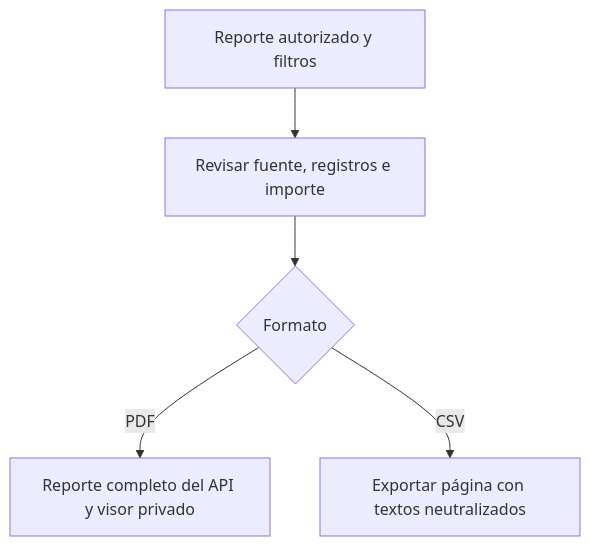
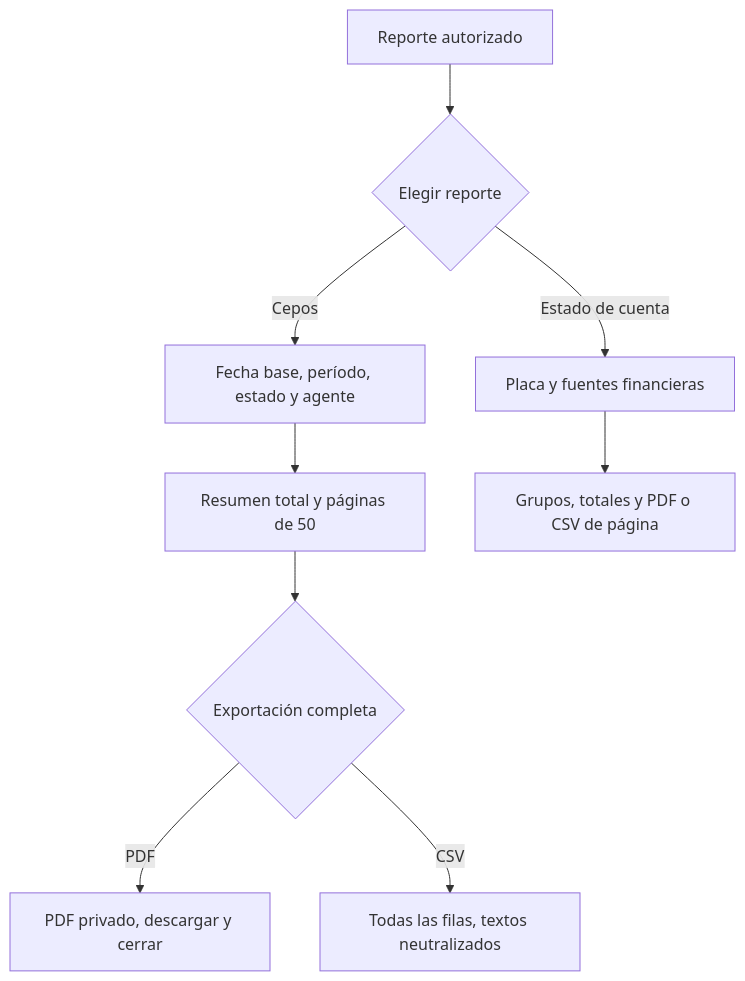
One commit to EMETRA/Sistema-tickets changed diagram 30 of 30 in casos-de uso.md. Above: the diagram before and after it, drawn with Mermaid. The commit also changed other lines of this file and 1 other file, not shown here.

````diff
--- a/casos-de uso.md
+++ b/casos-de uso.md
@@ -1659,7 +1663,11 @@
 ```mermaid
 flowchart TD
-  filtros["Reporte autorizado y filtros"] --> grupos["Revisar fuente, registros e importe"]
-  grupos --> formato{"Formato"}
-  formato -->|PDF| servidor["Reporte completo del API y visor privado"]
-  formato -->|CSV| pagina["Exportar página con textos neutralizados"]
+  entrada["Reporte autorizado"] --> tipo{"Elegir reporte"}
+  tipo -->|Cepos| filtros["Fecha base, período, estado y agente"]
+  filtros --> resultado["Resumen total y páginas de 50"]
+  resultado --> formato{"Exportación completa"}
+  formato -->|PDF| visor["PDF privado, descargar y cerrar"]
+  formato -->|CSV| csv["Todas las filas, textos neutralizados"]
+  tipo -->|Estado de cuenta| placa["Placa y fuentes financieras"]
+  placa --> grupos["Grupos, totales y PDF o CSV de página"]
 ```
````
